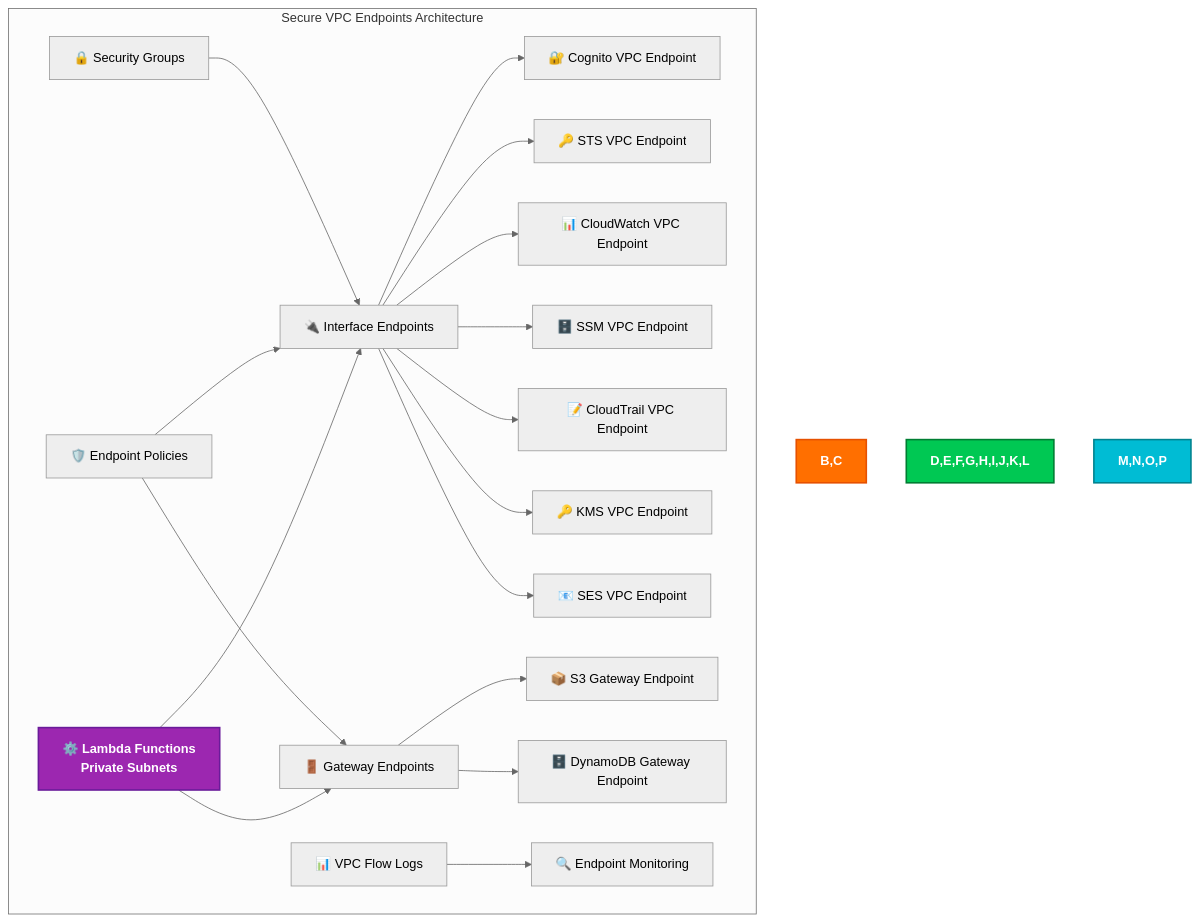
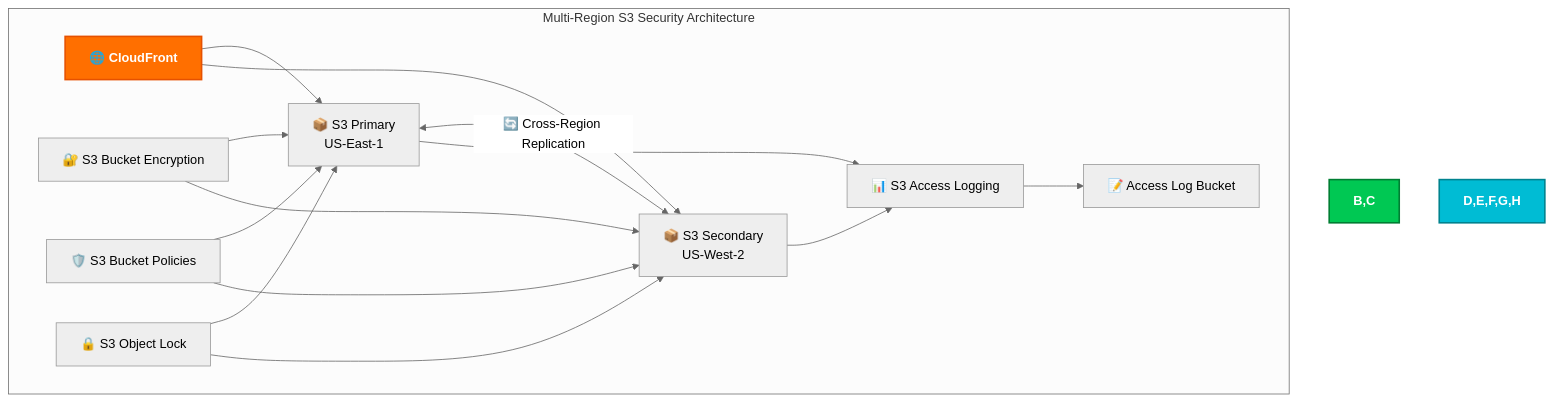
The sixth of 20 diagrams in FUTURE_SECURITY_ARCHITECTURE.md (Hack23/blacktrigram), drawn with Mermaid (neutral theme) before and after one commit. The commit also changed other lines of this file, not shown here.

Commit message:
docs: enhance Future Security Architecture with DNS Firewall and Multi-Region S3 details

````diff
--- a/FUTURE_SECURITY_ARCHITECTURE.md
+++ b/FUTURE_SECURITY_ARCHITECTURE.md
@@ -387,28 +413,26 @@
 ```mermaid
-flowchart TD
-    subgraph "Secure VPC Endpoints Architecture"
-        A[⚙️ Lambda Functions<br/>Private Subnets] --> B[🔌 Interface Endpoints]
-        A --> C[🚪 Gateway Endpoints]
+graph TD
+    subgraph "Multi-Region S3 Security Architecture"
+        A[🌐 CloudFront] --> B[📦 S3 Primary<br/>US-East-1]
+        A --> C[📦 S3 Secondary<br/>US-West-2]
 
-        B --> D[🔐 Cognito VPC Endpoint]
-        B --> E[🔑 STS VPC Endpoint]
-        B --> F[📊 CloudWatch VPC Endpoint]
-        B --> G[🗄️ SSM VPC Endpoint]
-        B --> H[📝 CloudTrail VPC Endpoint]
-        B --> I[🔑 KMS VPC Endpoint]
-        B --> J[📧 SES VPC Endpoint]
+        B <-->|"🔄 Cross-Region Replication"| C
 
-        C --> K[📦 S3 Gateway Endpoint]
-        C --> L[🗄️ DynamoDB Gateway Endpoint]
+        D[🔐 S3 Bucket Encryption] --> B
+        D --> C
 
-        M[🛡️ Endpoint Policies] --> B
-        M --> C
-        N[🔒 Security Groups] --> B
-        O[📊 VPC Flow Logs] --> P[🔍 Endpoint Monitoring]
+        E[🛡️ S3 Bucket Policies] --> B
+        E --> C
+
+        F[📊 S3 Access Logging] --> G[📝 Access Log Bucket]
+        B --> F
+        C --> F
+
+        H[🔒 S3 Object Lock] --> B
+        H --> C
     end
 
-    style A fill:#9C27B0,stroke:#6A1B9A,stroke-width:2px,color:white,font-weight:bold
-    style B,C fill:#FF6F00,stroke:#E65100,stroke-width:2px,color:white,font-weight:bold
-    style D,E,F,G,H,I,J,K,L fill:#00C853,stroke:#007E33,stroke-width:2px,color:white,font-weight:bold
-    style M,N,O,P fill:#00BCD4,stroke:#00838F,stroke-width:2px,color:white,font-weight:bold
+    style A fill:#FF6F00,stroke:#E65100,stroke-width:2px,color:white,font-weight:bold
+    style B,C fill:#00C853,stroke:#007E33,stroke-width:2px,color:white,font-weight:bold
+    style D,E,F,G,H fill:#00BCD4,stroke:#00838F,stroke-width:2px,color:white,font-weight:bold
 ```
````
